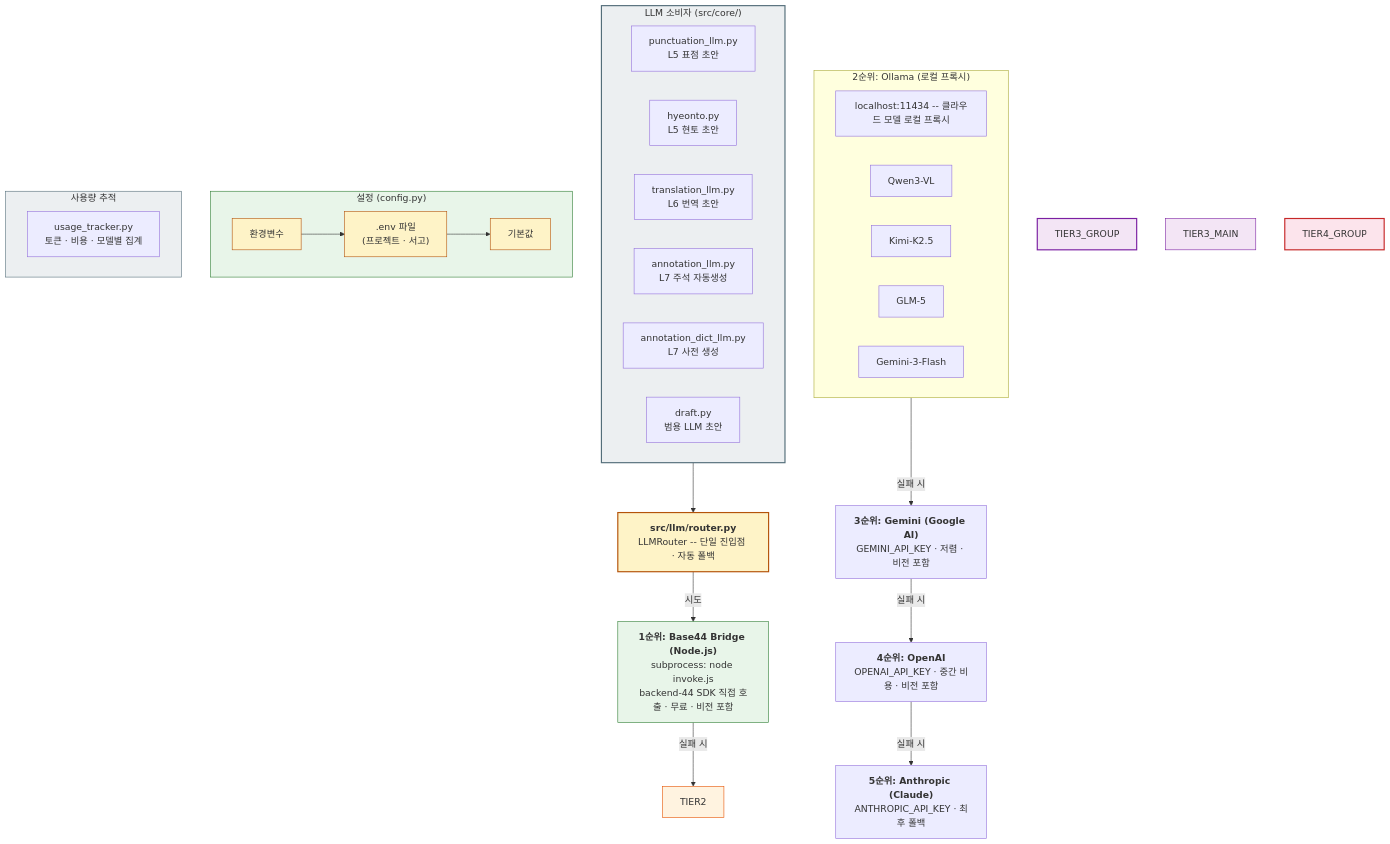
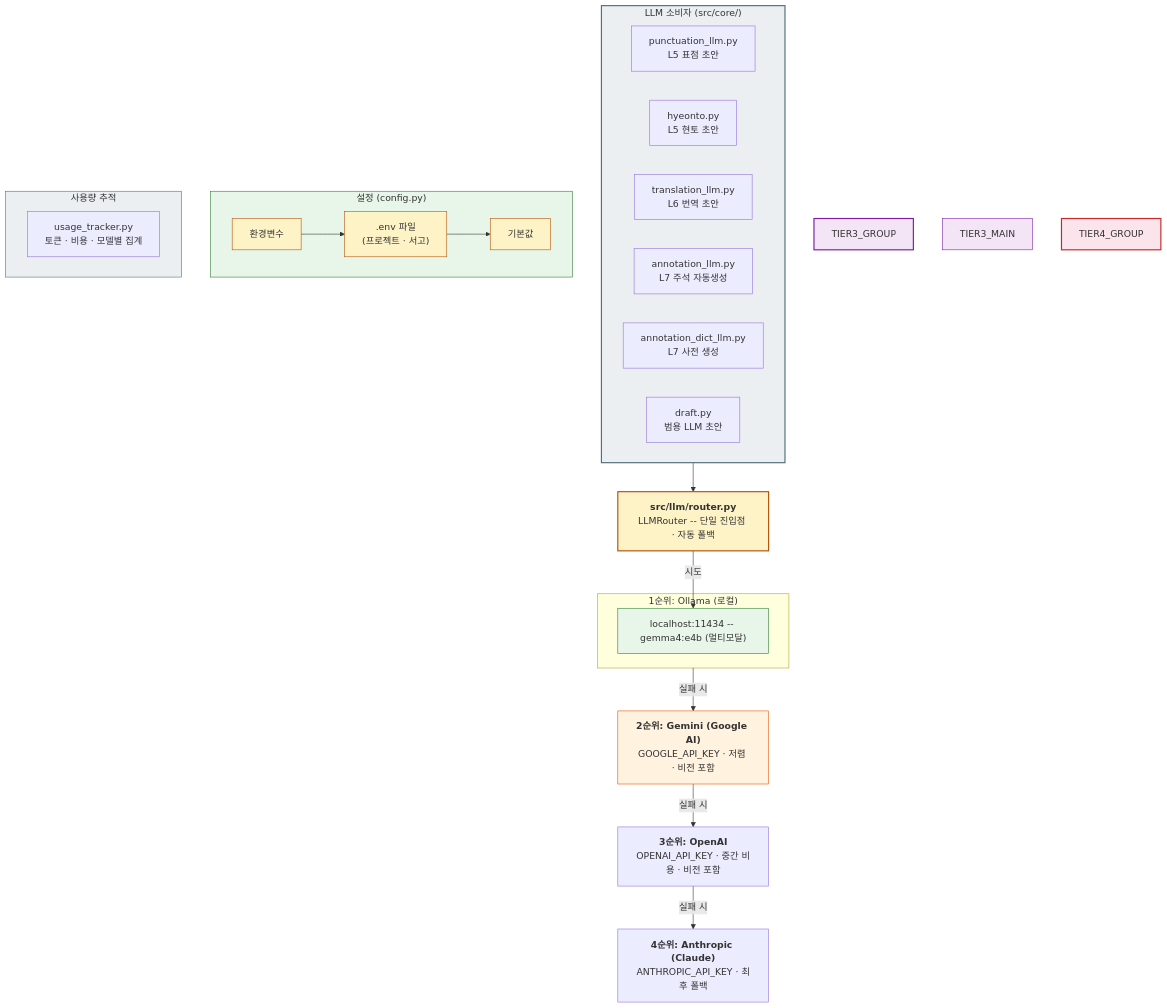
The fourth of 12 diagrams in docs/architecture-diagrams.md (hw725/classical-text-browser), drawn with Mermaid before and after one commit. The commit also changed other lines of this file and 19 other files, not shown here.

First line of the commit message:
refactor: Base44 InvokeLLM 제거, 로컬 모델 ollama gemma4:e4b로 교체

````diff
--- a/docs/architecture-diagrams.md
+++ b/docs/architecture-diagrams.md
@@ -261,59 +260,53 @@
 ```mermaid
 flowchart TB
     ENTRY["<b>src/llm/router.py</b><br/>LLMRouter -- 단일 진입점 · 자동 폴백"]
 
     ENTRY -->|"시도"| TIER1
-    TIER1["<b>1순위: Base44 Bridge (Node.js)</b><br/>subprocess: node invoke.js<br/>backend-44 SDK 직접 호출 · 무료 · 비전 포함"]
-    TIER1 -->|"실패 시"| TIER2
 
-    subgraph TIER2_GROUP["2순위: Ollama (로컬 프록시)"]
-        TIER2_MAIN["localhost:11434 -- 클라우드 모델 로컬 프록시"]
-        TIER2_M1["Qwen3-VL"]
-        TIER2_M2["Kimi-K2.5"]
-        TIER2_M3["GLM-5"]
-        TIER2_M4["Gemini-3-Flash"]
+    subgraph TIER1_GROUP["1순위: Ollama (로컬)"]
+        TIER1["localhost:11434 -- gemma4:e4b (멀티모달)"]
     end
 
-    TIER2_GROUP -->|"실패 시"| TIER3
-    TIER3["<b>3순위: Gemini (Google AI)</b><br/>GEMINI_API_KEY · 저렴 · 비전 포함"]
+    TIER1_GROUP -->|"실패 시"| TIER2
+    TIER2["<b>2순위: Gemini (Google AI)</b><br/>GOOGLE_API_KEY · 저렴 · 비전 포함"]
+    TIER2 -->|"실패 시"| TIER3
+    TIER3["<b>3순위: OpenAI</b><br/>OPENAI_API_KEY · 중간 비용 · 비전 포함"]
     TIER3 -->|"실패 시"| TIER4
-    TIER4["<b>4순위: OpenAI</b><br/>OPENAI_API_KEY · 중간 비용 · 비전 포함"]
-    TIER4 -->|"실패 시"| TIER5
-    TIER5["<b>5순위: Anthropic (Claude)</b><br/>ANTHROPIC_API_KEY · 최후 폴백"]
+    TIER4["<b>4순위: Anthropic (Claude)</b><br/>ANTHROPIC_API_KEY · 최후 폴백"]
 
     subgraph CONSUMERS["LLM 소비자 (src/core/)"]
         direction LR
         C1["punctuation_llm.py<br/>L5 표점 초안"]
         C2["hyeonto.py<br/>L5 현토 초안"]
         C3["translation_llm.py<br/>L6 번역 초안"]
         C4["annotation_llm.py<br/>L7 주석 자동생성"]
         C5["annotation_dict_llm.py<br/>L7 사전 생성"]
         C6["draft.py<br/>범용 LLM 초안"]
     end
 
     CONSUMERS --> ENTRY
 
     subgraph CONFIG["설정 (config.py)"]
         CF1["환경변수"]
         CF2[".env 파일<br/>(프로젝트 · 서고)"]
         CF3["기본값"]
         CF1 --> CF2 --> CF3
     end
 
     subgraph USAGE["사용량 추적"]
         UT["usage_tracker.py<br/>토큰 · 비용 · 모델별 집계"]
     end
 
     style ENTRY fill:#fef3c7,stroke:#b45309,stroke-width:2px
     style TIER1 fill:#e8f5e9,stroke:#2e7d32
     style TIER2 fill:#fff3e0,stroke:#e65100
     style TIER3_GROUP fill:#f3e5f5,stroke:#7b1fa2,stroke-width:2px
     style TIER3_MAIN fill:#f3e5f5,stroke:#7b1fa2
     style TIER4_GROUP fill:#fce4ec,stroke:#c62828,stroke-width:2px
     style CONSUMERS fill:#eceff1,stroke:#546e7a,stroke-width:2px
     style CONFIG fill:#e8f5e9,stroke:#2e7d32
     style CF1 fill:#fef3c7,stroke:#b45309
     style CF2 fill:#fef3c7,stroke:#b45309
     style CF3 fill:#fef3c7,stroke:#b45309
     style USAGE fill:#eceff1,stroke:#546e7a
 ```
````
